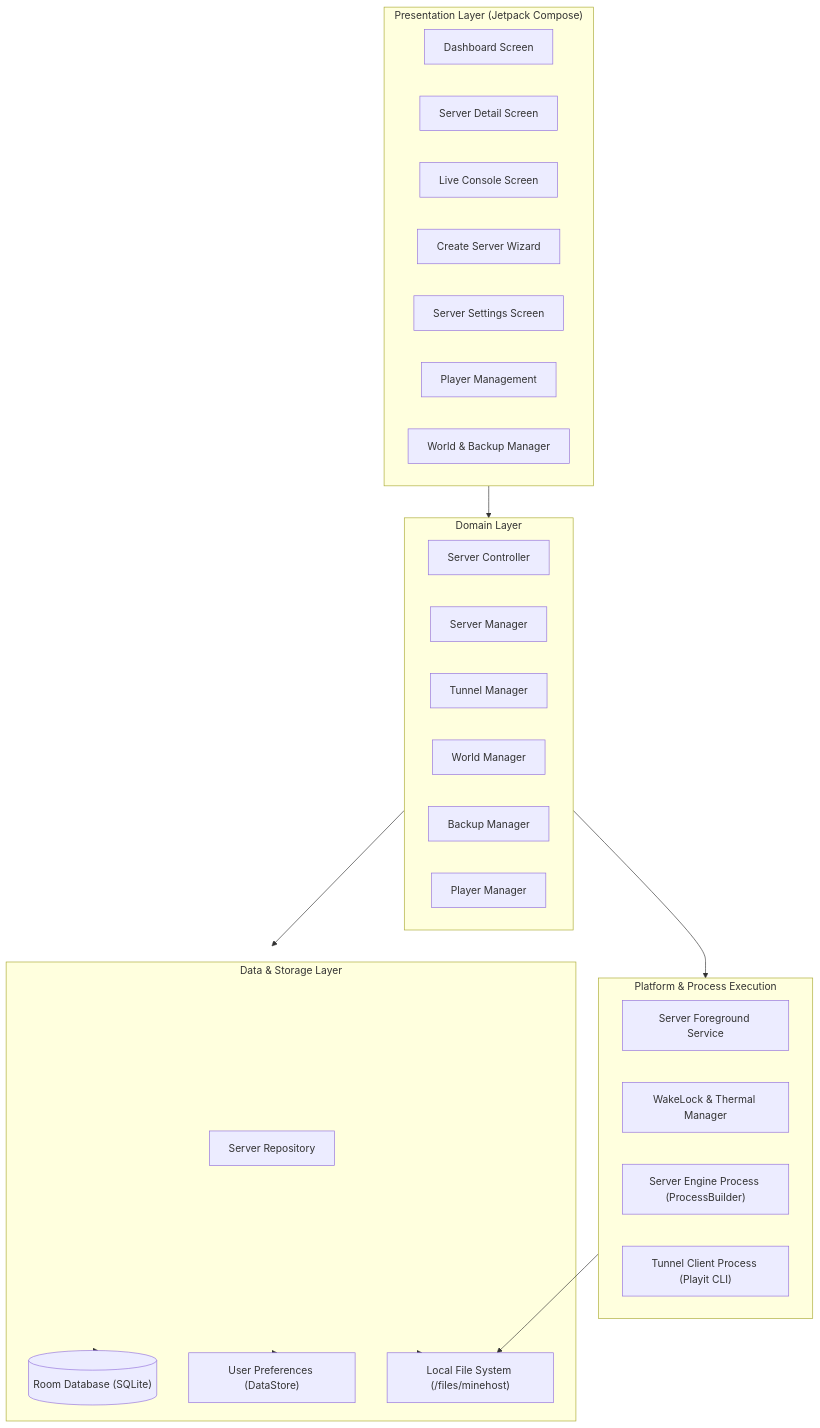
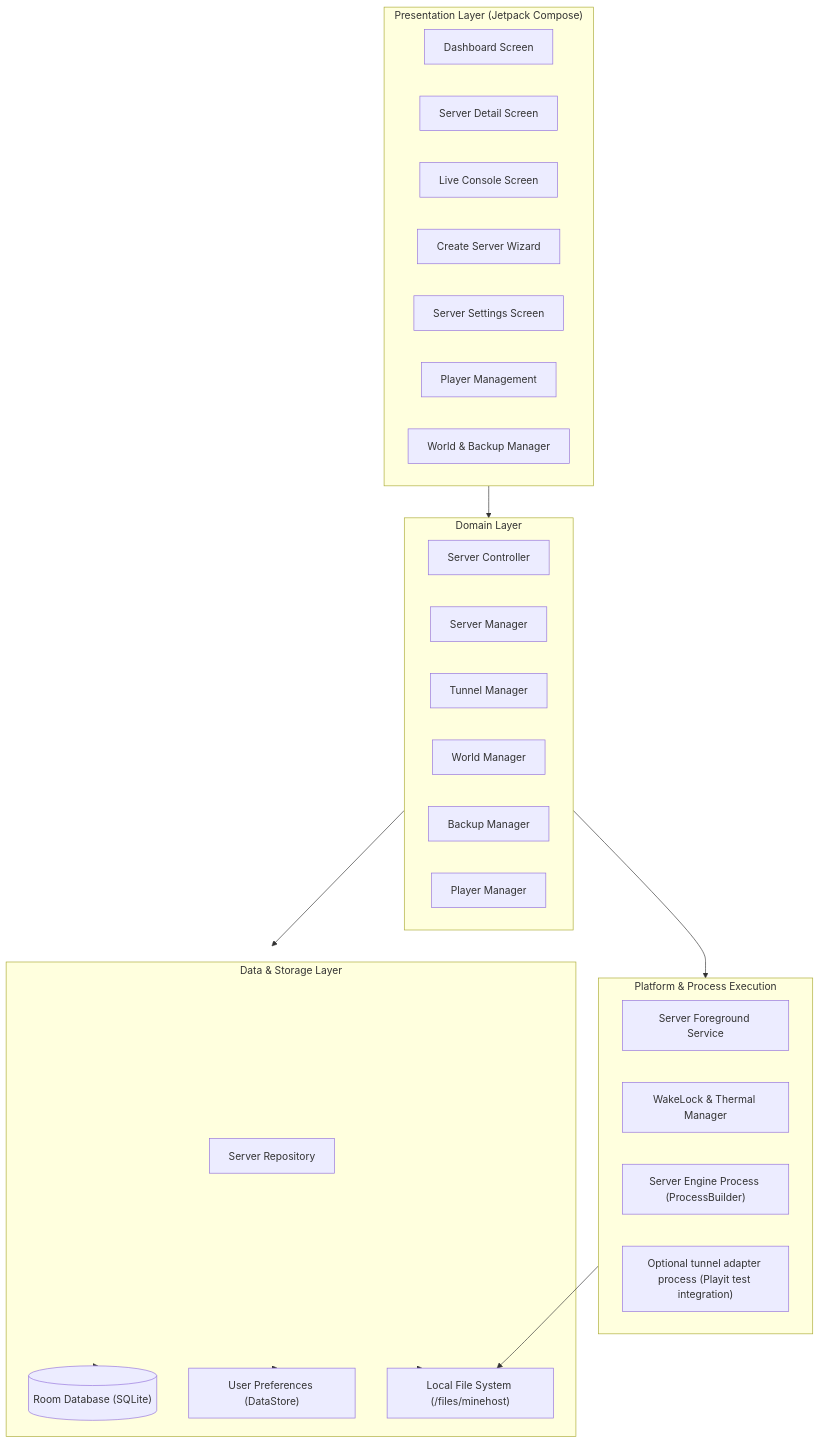
The first of 4 diagrams in docs/ARCHITECTURE.md (nomanaqil56/MineHost), drawn with Mermaid before and after one commit. The commit also changed other lines of this file, not shown here.

Commit message:
docs: align architecture diagram with actual runtime and network status

````diff
--- a/docs/ARCHITECTURE.md
+++ b/docs/ARCHITECTURE.md
@@ -11,43 +13,43 @@
 ```mermaid
 flowchart TD
     subgraph UI ["Presentation Layer (Jetpack Compose)"]
         Dashboard["Dashboard Screen"]
         ServerDetail["Server Detail Screen"]
         Console["Live Console Screen"]
         CreateServer["Create Server Wizard"]
         Settings["Server Settings Screen"]
         Players["Player Management"]
         WorldsBackups["World & Backup Manager"]
     end
 
     subgraph Domain ["Domain Layer"]
         ServerController["Server Controller"]
         ServerManager["Server Manager"]
         TunnelManager["Tunnel Manager"]
         WorldManager["World Manager"]
         BackupManager["Backup Manager"]
         PlayerManager["Player Manager"]
     end
 
     subgraph Data ["Data & Storage Layer"]
         ServerRepo["Server Repository"]
         RoomDB[("Room Database (SQLite)")]
         DataStore["User Preferences (DataStore)"]
         LocalFS["Local File System (/files/minehost)"]
     end
 
     subgraph Execution ["Platform & Process Execution"]
         ForegroundService["Server Foreground Service"]
         WakeLockMgr["WakeLock & Thermal Manager"]
         EngineProcess["Server Engine Process (ProcessBuilder)"]
-        TunnelClient["Tunnel Client Process (Playit CLI)"]
+        TunnelClient["Optional tunnel adapter process (Playit test integration)"]
     end
 
     UI --> Domain
     Domain --> Data
     Domain --> Execution
     Execution --> LocalFS
     Data --> RoomDB
     Data --> DataStore
     Data --> LocalFS
 ```
````
